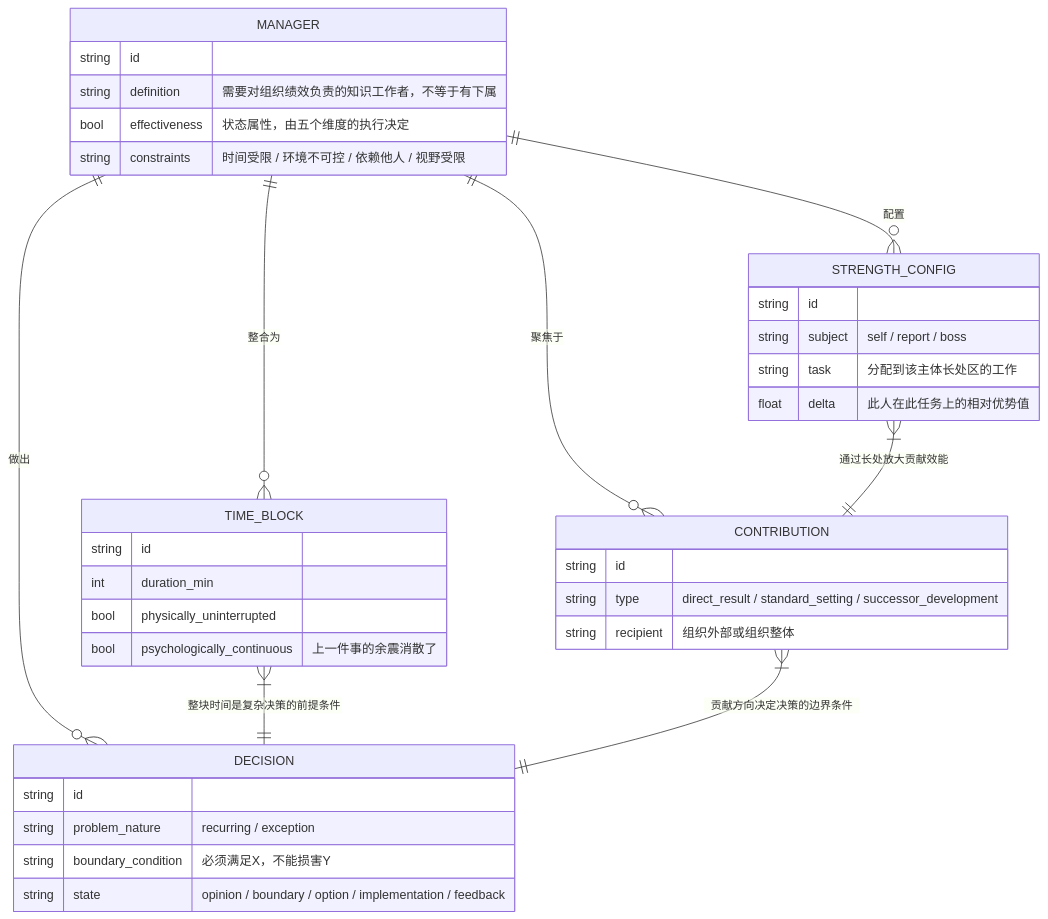
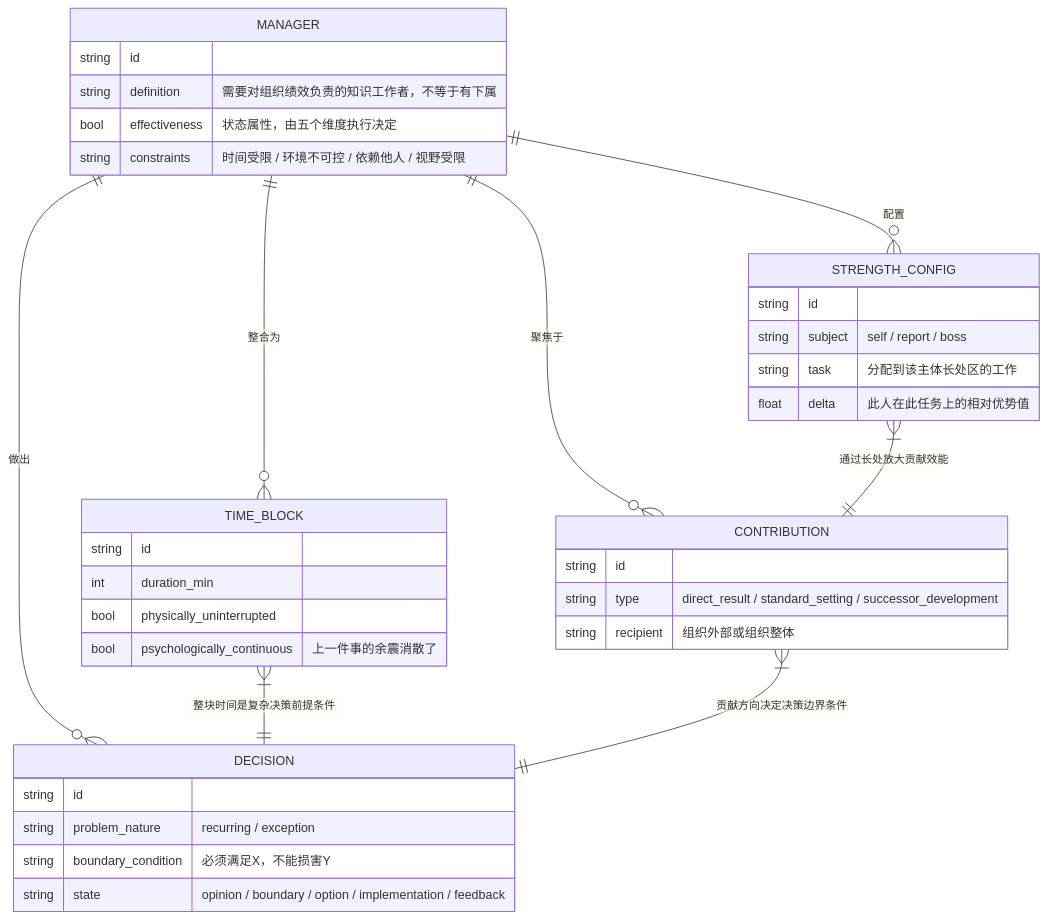
Before and after one commit to Kizero/book: the second of 3 diagrams in book26H1/shen260323/00_全书ER骨架.md, drawn with Mermaid. The commit also changed other lines of this file and 8 other files, not shown here.

First line of the commit message:
complete rewrite of all 9 shen260323 files: mermaid + 沈老师 persona

````diff
--- a/book26H1/shen260323/00_全书ER骨架.md
+++ b/book26H1/shen260323/00_全书ER骨架.md
@@ -40,39 +40,39 @@
 ```mermaid
 erDiagram
     MANAGER {
         string id
         string definition "需要对组织绩效负责的知识工作者，不等于有下属"
-        bool effectiveness "状态属性，由五个维度的执行决定"
+        bool effectiveness "状态属性，由五个维度执行决定"
         string constraints "时间受限 / 环境不可控 / 依赖他人 / 视野受限"
     }
     TIME_BLOCK {
         string id
         int duration_min
         bool physically_uninterrupted
         bool psychologically_continuous "上一件事的余震消散了"
     }
     CONTRIBUTION {
         string id
         string type "direct_result / standard_setting / successor_development"
         string recipient "组织外部或组织整体"
     }
     STRENGTH_CONFIG {
         string id
         string subject "self / report / boss"
         string task "分配到该主体长处区的工作"
         float delta "此人在此任务上的相对优势值"
     }
     DECISION {
         string id
         string problem_nature "recurring / exception"
         string boundary_condition "必须满足X，不能损害Y"
         string state "opinion / boundary / option / implementation / feedback"
     }
     MANAGER ||--o{ TIME_BLOCK : "整合为"
     MANAGER ||--o{ CONTRIBUTION : "聚焦于"
     MANAGER ||--o{ STRENGTH_CONFIG : "配置"
     MANAGER ||--o{ DECISION : "做出"
-    TIME_BLOCK }|--|| DECISION : "整块时间是复杂决策的前提条件"
-    CONTRIBUTION }|--|| DECISION : "贡献方向决定决策的边界条件"
+    TIME_BLOCK }|--|| DECISION : "整块时间是复杂决策前提条件"
+    CONTRIBUTION }|--|| DECISION : "贡献方向决定决策边界条件"
     STRENGTH_CONFIG }|--|| CONTRIBUTION : "通过长处放大贡献效能"
 ```
````
